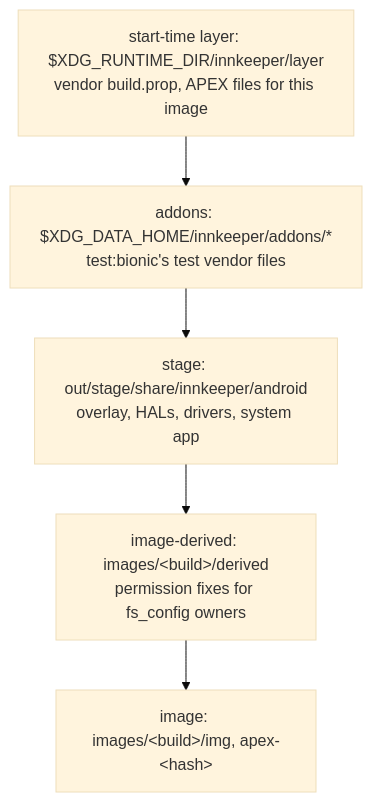
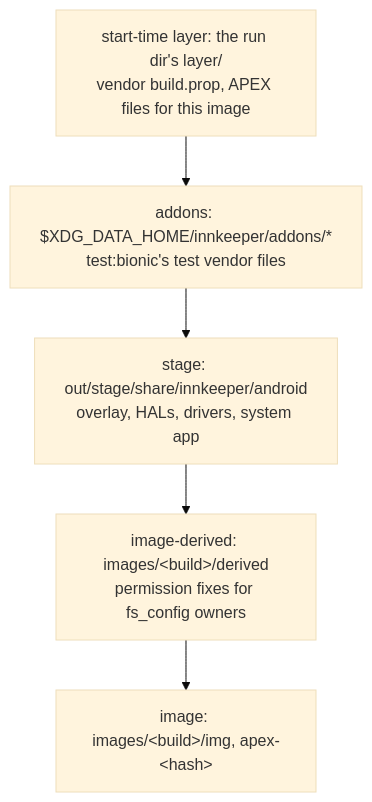
Before and after one commit to sargunv/innkeeper: the second of 3 diagrams in docs/session.md, drawn with Mermaid (base theme). The commit also changed other lines of this file and 27 other files, not shown here.

````diff
--- a/docs/session.md
+++ b/docs/session.md
@@ -80,9 +78,9 @@
 ```mermaid
 flowchart TB
-  rt["start-time layer: $XDG_RUNTIME_DIR/innkeeper/layer<br/>vendor build.prop, APEX files for this image"]
+  rt["start-time layer: the run dir's layer/<br/>vendor build.prop, APEX files for this image"]
   add["addons: $XDG_DATA_HOME/innkeeper/addons/*<br/>test:bionic's test vendor files"]
   stage["stage: out/stage/share/innkeeper/android<br/>overlay, HALs, drivers, system app"]
   derived["image-derived: images/&lt;build&gt;/derived<br/>permission fixes for fs_config owners"]
   img["image: images/&lt;build&gt;/img, apex-&lt;hash&gt;"]
   rt --> add --> stage --> derived --> img
 ```
````
